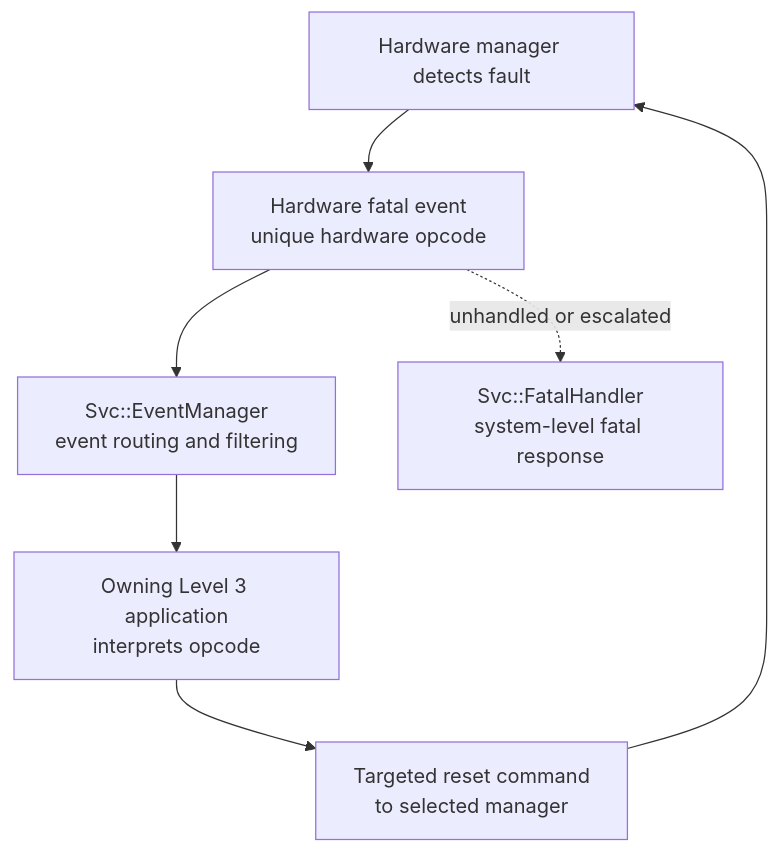
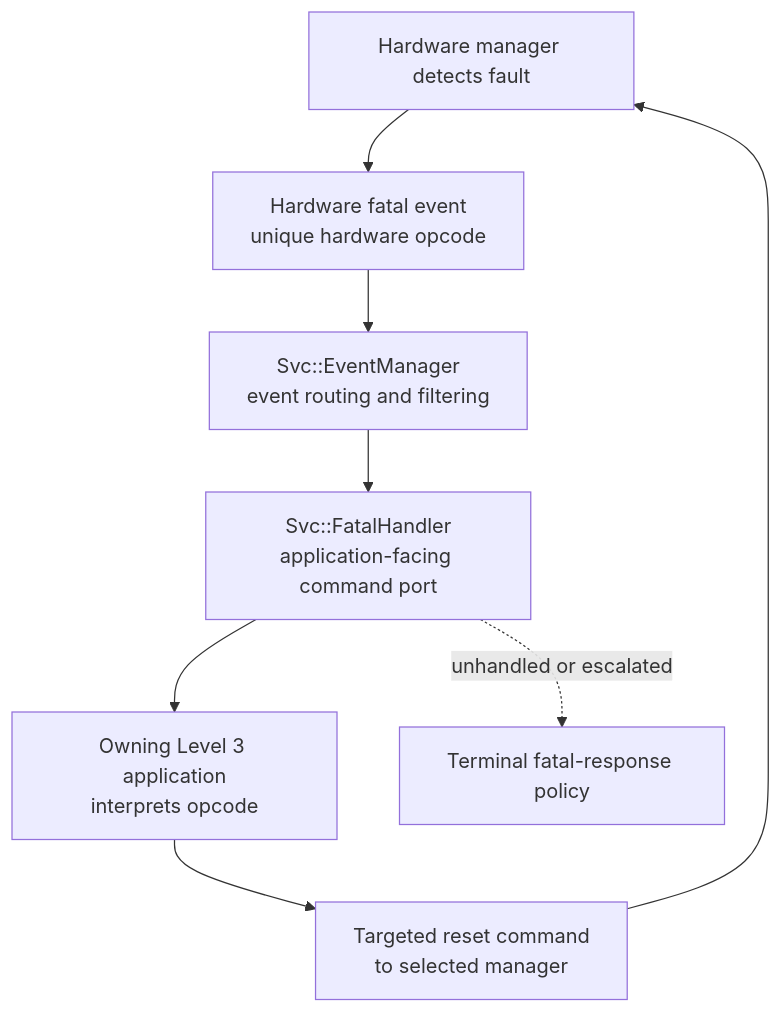
The diagram in docs/Reference/Fprime/FatalHandler.qmd (UWCubeSat/hs2-software-design), drawn with Mermaid before and after one commit. The commit also changed other lines of this file and 9 other files, not shown here.

````diff
--- a/docs/Reference/Fprime/FatalHandler.qmd
+++ b/docs/Reference/Fprime/FatalHandler.qmd
@@ -17,9 +17,10 @@
 ```{mermaid}
 flowchart TB
     M["Hardware manager detects fault"] --> E["Hardware fatal event<br/>unique hardware opcode"]
     E --> EM["Svc::EventManager<br/>event routing and filtering"]
-    EM --> A["Owning Level 3 application<br/>interprets opcode"]
+    EM --> FHC["Svc::FatalHandler<br/>application-facing command port"]
+    FHC --> A["Owning Level 3 application<br/>interprets opcode"]
     A --> C["Targeted reset command<br/>to selected manager"]
     C --> M
-    E -. unhandled or escalated .-> F["Svc::FatalHandler<br/>system-level fatal response"]
+    FHC -. unhandled or escalated .-> F["Terminal fatal-response policy"]
 ```
````
